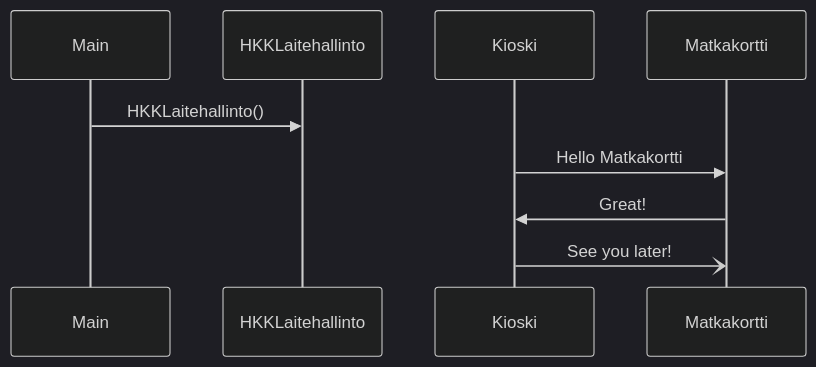
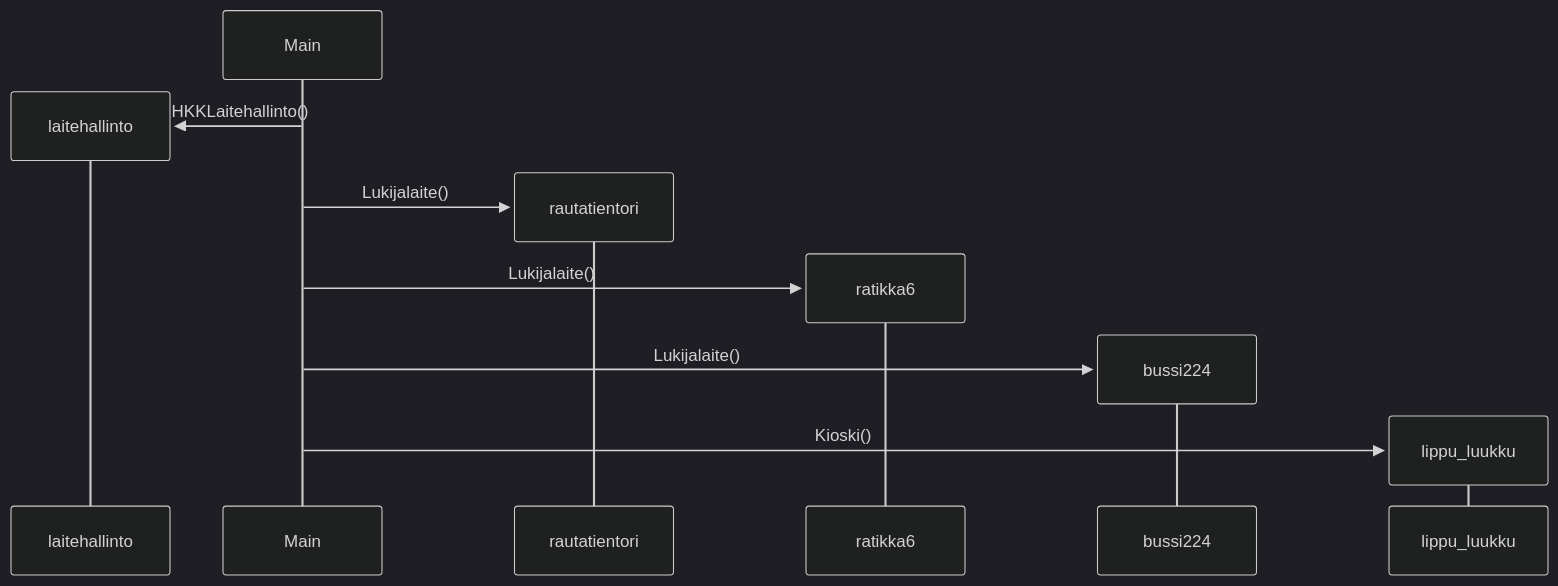
One commit to L0uko/Ohjelmistotekniikka_sovellus changed the diagram in laskarit/viikko3/sekvenssikaavio.md. Above: the diagram before and after it, drawn with Mermaid (dark theme).

Commit message:
change changes

````diff
--- a/laskarit/viikko3/sekvenssikaavio.md
+++ b/laskarit/viikko3/sekvenssikaavio.md
@@ -3,9 +3,18 @@
 ```mermaid
 
 sequenceDiagram
-    Main ->> HKKLaitehallinto: HKKLaitehallinto()
-    Kioski->>Matkakortti: Hello Matkakortti
-    Matkakortti->>Kioski: Great!
-    Kioski-)Matkakortti: See you later!
+    create participant laitehallinto
+    Main ->> laitehallinto: HKKLaitehallinto()
+    create participant rautatientori
+    Main ->> rautatientori: Lukijalaite()
+    create participant ratikka6
+    Main ->> ratikka6: Lukijalaite()
+    create participant bussi224
+    Main ->> bussi224: Lukijalaite()
+    create participant lippu_luukku
+    Main ->> lippu_luukku: Kioski()
+    
+
+    
 
 ```
````
